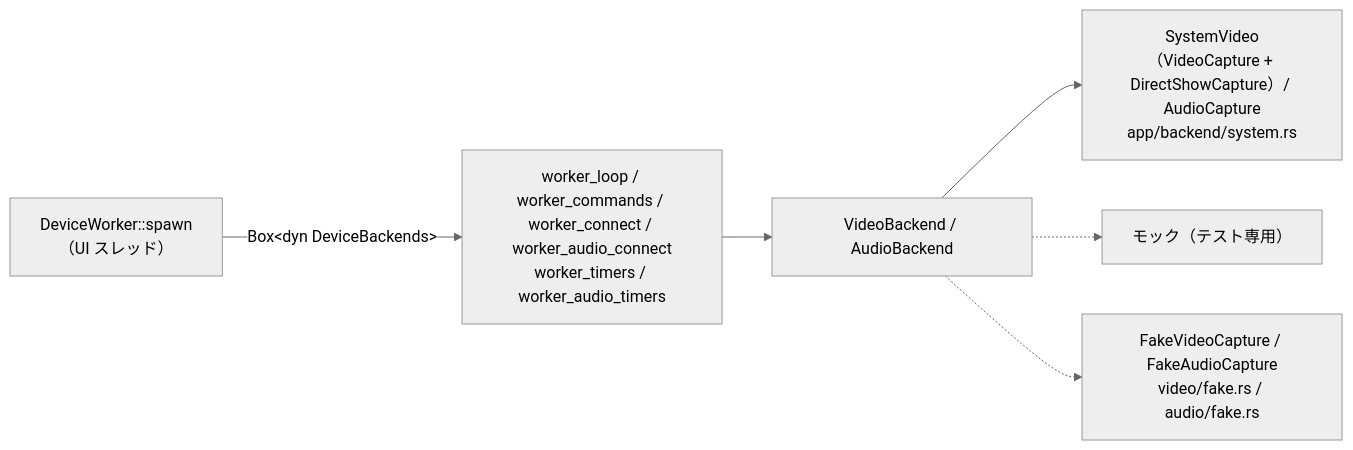
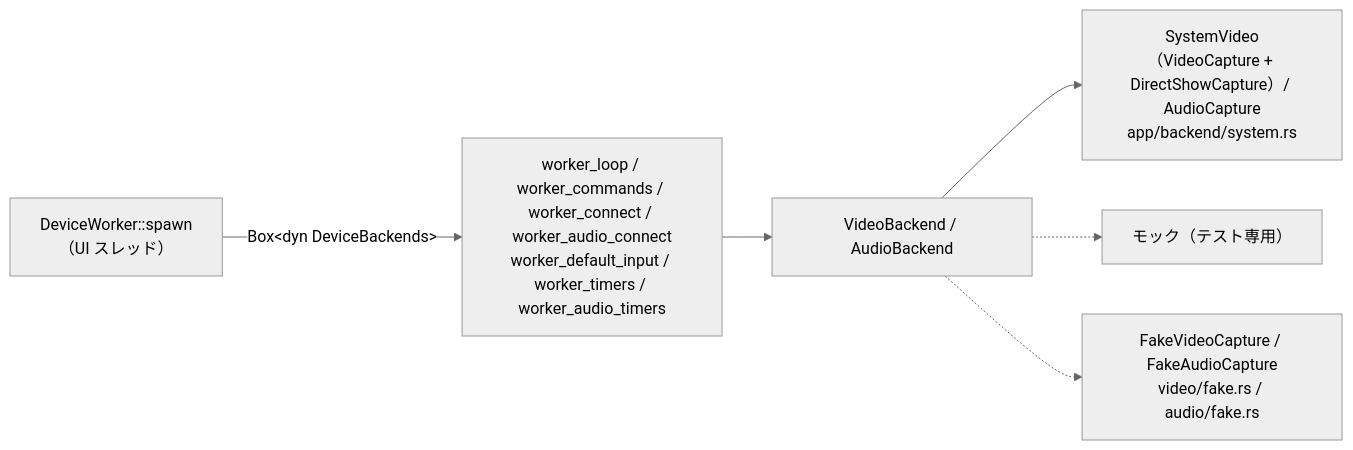
One commit to Mui-MuiMui/Capturecard_Viewer changed the second of 2 diagrams in docs/design/device-worker.md. Above: the diagram before and after it, drawn with Mermaid (neutral theme). The commit also changed other lines of this file and 11 other files, not shown here.

````diff
--- a/docs/design/device-worker.md
+++ b/docs/design/device-worker.md
@@ -61,15 +61,15 @@
 ```mermaid
 flowchart LR
     spawn["DeviceWorker::spawn<br/>（UI スレッド）"]
-    loop["worker_loop / worker_commands / worker_connect / worker_audio_connect<br/>worker_timers / worker_audio_timers"]
+    loop["worker_loop / worker_commands / worker_connect / worker_audio_connect<br/>worker_default_input / worker_timers / worker_audio_timers"]
     trait["VideoBackend / AudioBackend"]
     real["SystemVideo（VideoCapture + DirectShowCapture）/ AudioCapture<br/>app/backend/system.rs"]
     mock["モック（テスト専用）"]
     fake["FakeVideoCapture / FakeAudioCapture<br/>video/fake.rs / audio/fake.rs"]
 
     spawn -->|Box&lt;dyn DeviceBackends&gt;| loop
     loop --> trait
     trait --> real
     trait -.-> mock
     trait -.-> fake
 ```
````
